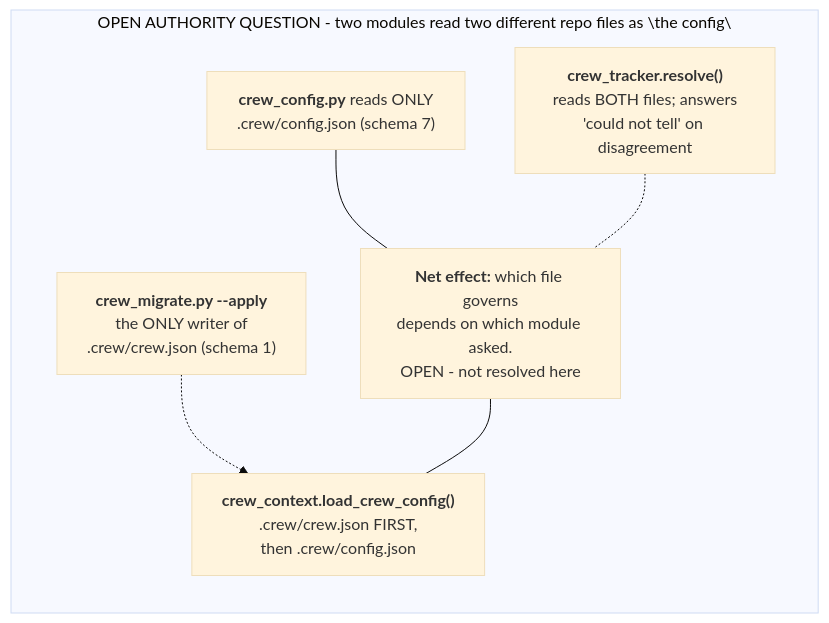
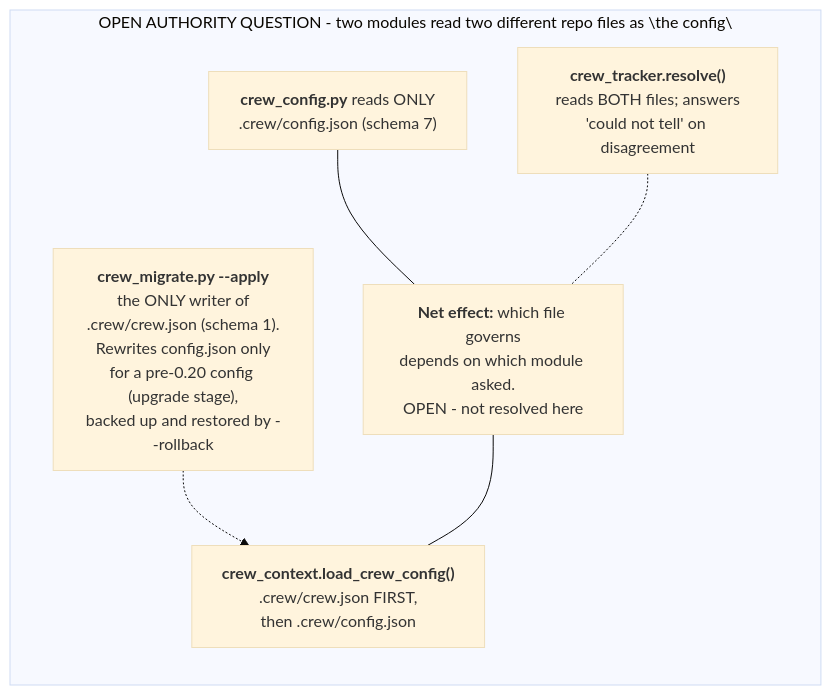
The diagram in docs/diagrams/data-flow-crew-config-two-files.mmd (mbadali25/useful-claude-add-ons), drawn with Mermaid (base theme) before and after one commit. The commit also changed 21 other files, not shown here.

First line of the commit message:
T-0038: docs, quickstart, diagram, codemap and verify rule for the migrate upgrade stage; harness edits left for a tooling PR

```diff
--- a/docs/diagrams/data-flow-crew-config-two-files.mmd
+++ b/docs/diagrams/data-flow-crew-config-two-files.mmd
@@ -1,41 +1,43 @@
 %% Generated from useful-claude-add-ons@452b30cc on 2026-10-02. Verify before trusting.
 %% Anchors: plugin/crew/hooks/scripts/crew_config.py, plugin/crew/hooks/scripts/crew_context.py, plugin/crew/hooks/scripts/crew_migrate.py, plugin/crew/hooks/scripts/crew_tracker.py
 %% Purpose: An open question: crew_config.py reads .crew/config.json while crew_context.py reads .crew/crew.json first, so which file governs depends on which module asks.
 %% Split from data-flow-crew-config.mmd (the overview); edges to other parts are drawn there.
 %%  5. AN OPEN AUTHORITY QUESTION, drawn because the code disagrees with
 %%     itself, not because this diagram resolves it: `crew_migrate.py --apply`
 %%     is the only writer of `.crew/crew.json` (schema 1); crew_config.py
 %%     (the ratchet, the guards, verify-gate.sh, /crew:config, /crew:model)
 %%     reads ONLY `.crew/config.json` (schema 7, crew_config.py:1 docstring);
 %%     crew_context.py's load_crew_config (:121-132) reads `crew.json` FIRST
 %%     and falls back to `config.json` only if `crew.json` is absent. A repo
 %%     that has run --apply has both files, and which one governs a given
 %%     read depends on which module asked. Labelled OPEN below; deciding which
 %%     file should win is scribe's decision to record, not this diagram's.
 %% Note CFGREAD: crew_config.py reads ONLY .crew/config.json (schema 7) module docstring :1; ratchet, guards,
 %%    verify-gate.sh, /crew:config, /crew:model all route through this module
 %% Note CTXREAD: crew_context.load_crew_config() plugin/crew/hooks/scripts/crew_context.py:122-133 tries
 %%    .crew/crew.json FIRST, falls back to .crew/config.json only if crew.json is absent
-%% Note MIGRATE: crew_migrate.py --apply the ONLY writer of .crew/crew.json (schema 1). Never touches
-%%    config.json's runtime read path - crew_config.py keeps reading config.json regardless
+%% Note MIGRATE: crew_migrate.py --apply the ONLY writer of .crew/crew.json (schema 1). Rewrites
+%%    config.json only for a pre-0.20 config (no schema, or 1-6: the upgrade stage, _load_legacy /
+%%    _plan_upgrade, T-0038), backed up and restored byte-identical by --rollback - crew_config.py keeps
+%%    reading config.json regardless
 %% Note OPEN: Net effect: a repo that has run --apply has BOTH files, and which one governs a given read
 %%    depends on which module asked. Not resolved by this diagram - a decision for scribe to record, not this
 %%    note's to make.
 %% Note TRKREAD: crew_tracker.resolve() plugin/crew/hooks/scripts/crew_tracker.py:212 tracker key only: reads
 %%    BOTH files (crew.json tracker.kind, config.json tracker) and answers 'could not tell' when they disagree
 %%    - on the kind, on the vault, boardDir, board or lane names each yields (defaults and memory.vaultPath
 %%    fallback applied; a value only one file yields counts), or on a jira/sdp block - refuses rather than
 %%    picks
 flowchart TB
 
     subgraph TwoFiles["OPEN AUTHORITY QUESTION - two modules read two different repo files as \"the config\""]
         direction TB
         CFGREAD["<b>crew_config.py</b> reads ONLY<br/>.crew/config.json (schema 7)"]
         CTXREAD["<b>crew_context.load_crew_config()</b><br/>.crew/crew.json FIRST,<br/>then .crew/config.json"]
-        MIGRATE["<b>crew_migrate.py --apply</b><br/>the ONLY writer of<br/>.crew/crew.json (schema 1)"]
+        MIGRATE["<b>crew_migrate.py --apply</b><br/>the ONLY writer of<br/>.crew/crew.json (schema 1).<br/>Rewrites config.json only<br/>for a pre-0.20 config (upgrade stage),<br/>backed up and restored by --rollback"]
         OPEN["<b>Net effect:</b> which file governs<br/>depends on which module asked.<br/>OPEN - not resolved here"]
         TRKREAD["<b>crew_tracker.resolve()</b><br/>reads BOTH files; answers<br/>'could not tell' on disagreement"]
         MIGRATE -.-> CTXREAD
         CFGREAD --- OPEN --- CTXREAD
         TRKREAD -.- OPEN
     end
```
